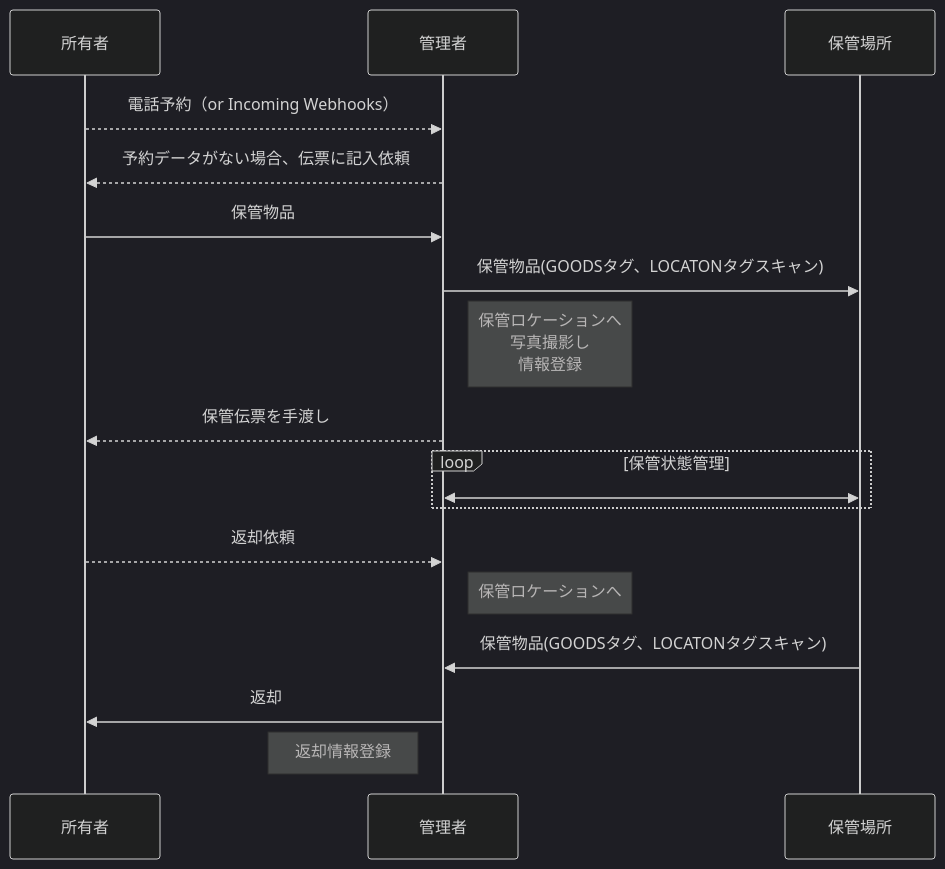
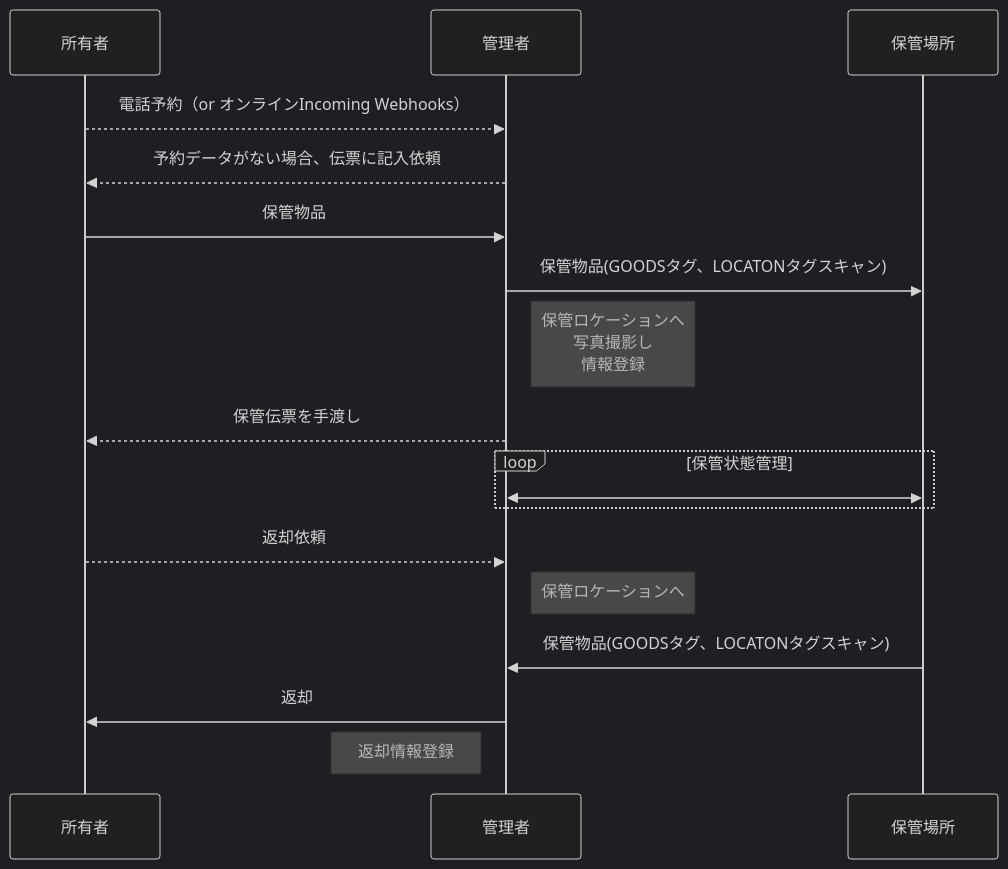
The first of 2 diagrams in README.md (piot-jp-Team/goods_storage), drawn with Mermaid (dark theme) before and after one commit.

````diff
--- a/README.md
+++ b/README.md
@@ -11,19 +11,19 @@
 ```mermaid
 sequenceDiagram
     participant 所有者
     participant 管理者
-    所有者-->>管理者: 電話予約（or Incoming Webhooks）
+    所有者-->>管理者: 電話予約（or オンラインIncoming Webhooks）
     管理者-->>所有者: 予約データがない場合、伝票に記入依頼
     所有者->>管理者: 保管物品
     管理者->>保管場所: 保管物品(GOODSタグ、LOCATONタグスキャン)
     Note right of 管理者: 保管ロケーションへ <br/>写真撮影し <br/>情報登録
     管理者-->>所有者: 保管伝票を手渡し
     loop 保管状態管理
         管理者<<->>保管場所: 
     end
     所有者-->>管理者: 返却依頼
     Note right of 管理者: 保管ロケーションへ
     保管場所->>管理者: 保管物品(GOODSタグ、LOCATONタグスキャン)
     管理者->>所有者: 返却
     Note left of 管理者: 返却情報登録
 ```
````
